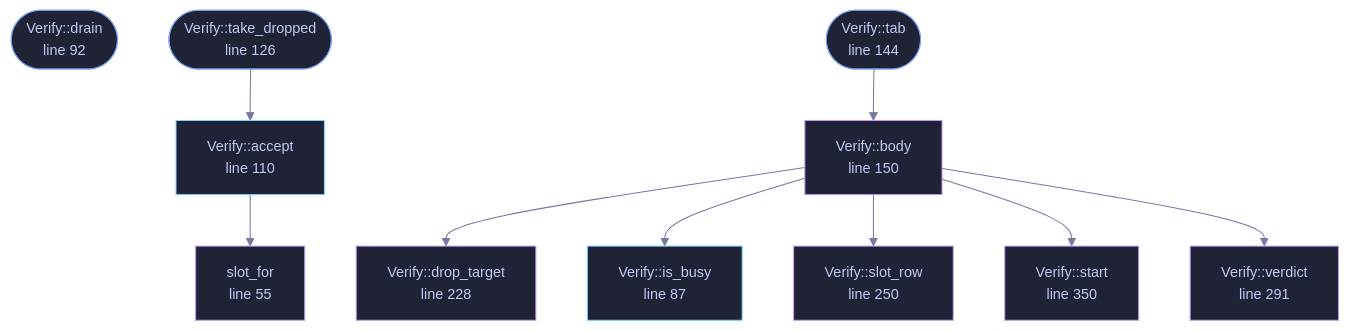
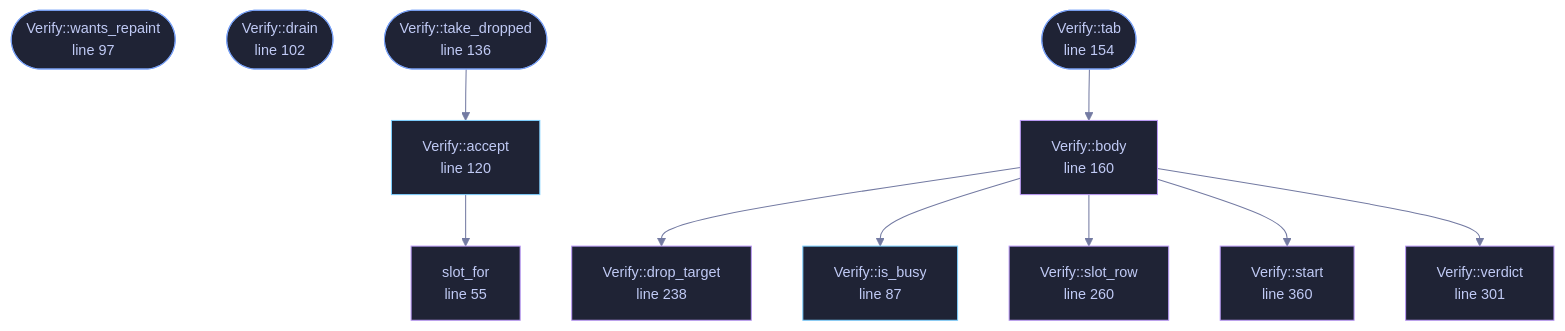
One commit to tilas01/veilvoice changed the diagram in wiki/File-veilvoice-gui-verify.md. Above: the diagram before and after it, drawn with Mermaid. The commit also changed other lines of this file and 25 other files, not shown here.

````diff
--- a/wiki/File-veilvoice-gui-verify.md
+++ b/wiki/File-veilvoice-gui-verify.md
@@ -76,40 +77,42 @@
 ```mermaid
 %%{init: {"theme":"base","themeVariables":{"background":"#1a1b26","primaryColor":"#1f2335","primaryTextColor":"#c0caf5","primaryBorderColor":"#7aa2f7","secondaryColor":"#16161e","tertiaryColor":"#16161e","lineColor":"#737aa2","textColor":"#c0caf5","mainBkg":"#1f2335","nodeBorder":"#7aa2f7","clusterBkg":"#16161e","clusterBorder":"#2f3549","fontFamily":"ui-monospace, SFMono-Regular, Consolas, monospace","fontSize":"14px"}}}%%
 flowchart TD
     n_slot_for["slot_for<br/>line 55"]
     n_is_busy["Verify::is_busy<br/>line 87"]
-    n_drain(["Verify::drain<br/>line 92"])
-    n_accept["Verify::accept<br/>line 110"]
-    n_take_dropped(["Verify::take_dropped<br/>line 126"])
-    n_tab(["Verify::tab<br/>line 144"])
-    n_body["Verify::body<br/>line 150"]
-    n_drop_target["Verify::drop_target<br/>line 228"]
-    n_slot_row["Verify::slot_row<br/>line 250"]
-    n_verdict["Verify::verdict<br/>line 291"]
-    n_start["Verify::start<br/>line 350"]
+    n_wants_repaint(["Verify::wants_repaint<br/>line 97"])
+    n_drain(["Verify::drain<br/>line 102"])
+    n_accept["Verify::accept<br/>line 120"]
+    n_take_dropped(["Verify::take_dropped<br/>line 136"])
+    n_tab(["Verify::tab<br/>line 154"])
+    n_body["Verify::body<br/>line 160"]
+    n_drop_target["Verify::drop_target<br/>line 238"]
+    n_slot_row["Verify::slot_row<br/>line 260"]
+    n_verdict["Verify::verdict<br/>line 301"]
+    n_start["Verify::start<br/>line 360"]
     n_accept --> n_slot_for
     n_body --> n_drop_target
     n_body --> n_is_busy
     n_body --> n_slot_row
     n_body --> n_start
     n_body --> n_verdict
     n_tab --> n_body
     n_take_dropped --> n_accept
     click n_slot_for href "https://github.com/tilas01/veilvoice/blob/main/crates/veilvoice-gui/src/verify.rs#L55" "open the source"
     click n_is_busy href "https://github.com/tilas01/veilvoice/blob/main/crates/veilvoice-gui/src/verify.rs#L87" "open the source"
-    click n_drain href "https://github.com/tilas01/veilvoice/blob/main/crates/veilvoice-gui/src/verify.rs#L92" "open the source"
-    click n_accept href "https://github.com/tilas01/veilvoice/blob/main/crates/veilvoice-gui/src/verify.rs#L110" "open the source"
-    click n_take_dropped href "https://github.com/tilas01/veilvoice/blob/main/crates/veilvoice-gui/src/verify.rs#L126" "open the source"
-    click n_tab href "https://github.com/tilas01/veilvoice/blob/main/crates/veilvoice-gui/src/verify.rs#L144" "open the source"
-    click n_body href "https://github.com/tilas01/veilvoice/blob/main/crates/veilvoice-gui/src/verify.rs#L150" "open the source"
-    click n_drop_target href "https://github.com/tilas01/veilvoice/blob/main/crates/veilvoice-gui/src/verify.rs#L228" "open the source"
-    click n_slot_row href "https://github.com/tilas01/veilvoice/blob/main/crates/veilvoice-gui/src/verify.rs#L250" "open the source"
-    click n_verdict href "https://github.com/tilas01/veilvoice/blob/main/crates/veilvoice-gui/src/verify.rs#L291" "open the source"
-    click n_start href "https://github.com/tilas01/veilvoice/blob/main/crates/veilvoice-gui/src/verify.rs#L350" "open the source"
+    click n_wants_repaint href "https://github.com/tilas01/veilvoice/blob/main/crates/veilvoice-gui/src/verify.rs#L97" "open the source"
+    click n_drain href "https://github.com/tilas01/veilvoice/blob/main/crates/veilvoice-gui/src/verify.rs#L102" "open the source"
+    click n_accept href "https://github.com/tilas01/veilvoice/blob/main/crates/veilvoice-gui/src/verify.rs#L120" "open the source"
+    click n_take_dropped href "https://github.com/tilas01/veilvoice/blob/main/crates/veilvoice-gui/src/verify.rs#L136" "open the source"
+    click n_tab href "https://github.com/tilas01/veilvoice/blob/main/crates/veilvoice-gui/src/verify.rs#L154" "open the source"
+    click n_body href "https://github.com/tilas01/veilvoice/blob/main/crates/veilvoice-gui/src/verify.rs#L160" "open the source"
+    click n_drop_target href "https://github.com/tilas01/veilvoice/blob/main/crates/veilvoice-gui/src/verify.rs#L238" "open the source"
+    click n_slot_row href "https://github.com/tilas01/veilvoice/blob/main/crates/veilvoice-gui/src/verify.rs#L260" "open the source"
+    click n_verdict href "https://github.com/tilas01/veilvoice/blob/main/crates/veilvoice-gui/src/verify.rs#L301" "open the source"
+    click n_start href "https://github.com/tilas01/veilvoice/blob/main/crates/veilvoice-gui/src/verify.rs#L360" "open the source"
     classDef entry fill:#1f2335,stroke:#7aa2f7,color:#c0caf5
-    class n_drain,n_take_dropped,n_tab entry
+    class n_wants_repaint,n_drain,n_take_dropped,n_tab entry
     classDef api fill:#1f2335,stroke:#7dcfff,color:#c0caf5
     class n_is_busy,n_accept api
     classDef helper fill:#1f2335,stroke:#bb9af7,color:#c0caf5
     class n_slot_for,n_body,n_drop_target,n_slot_row,n_verdict,n_start helper
 ```
````
